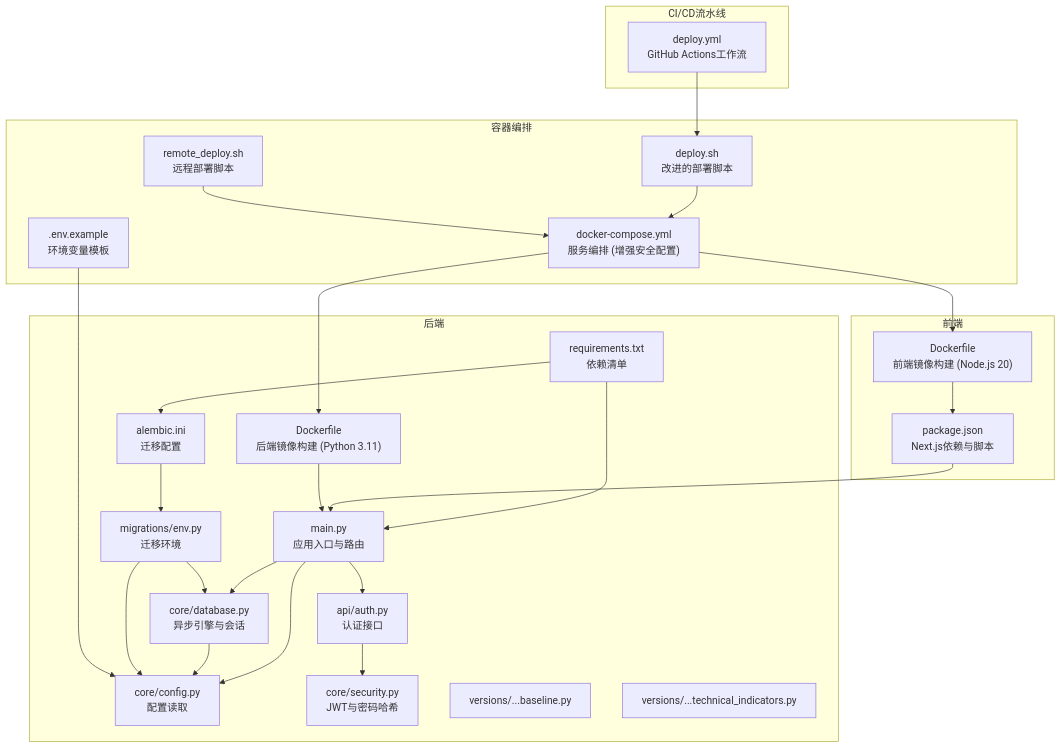
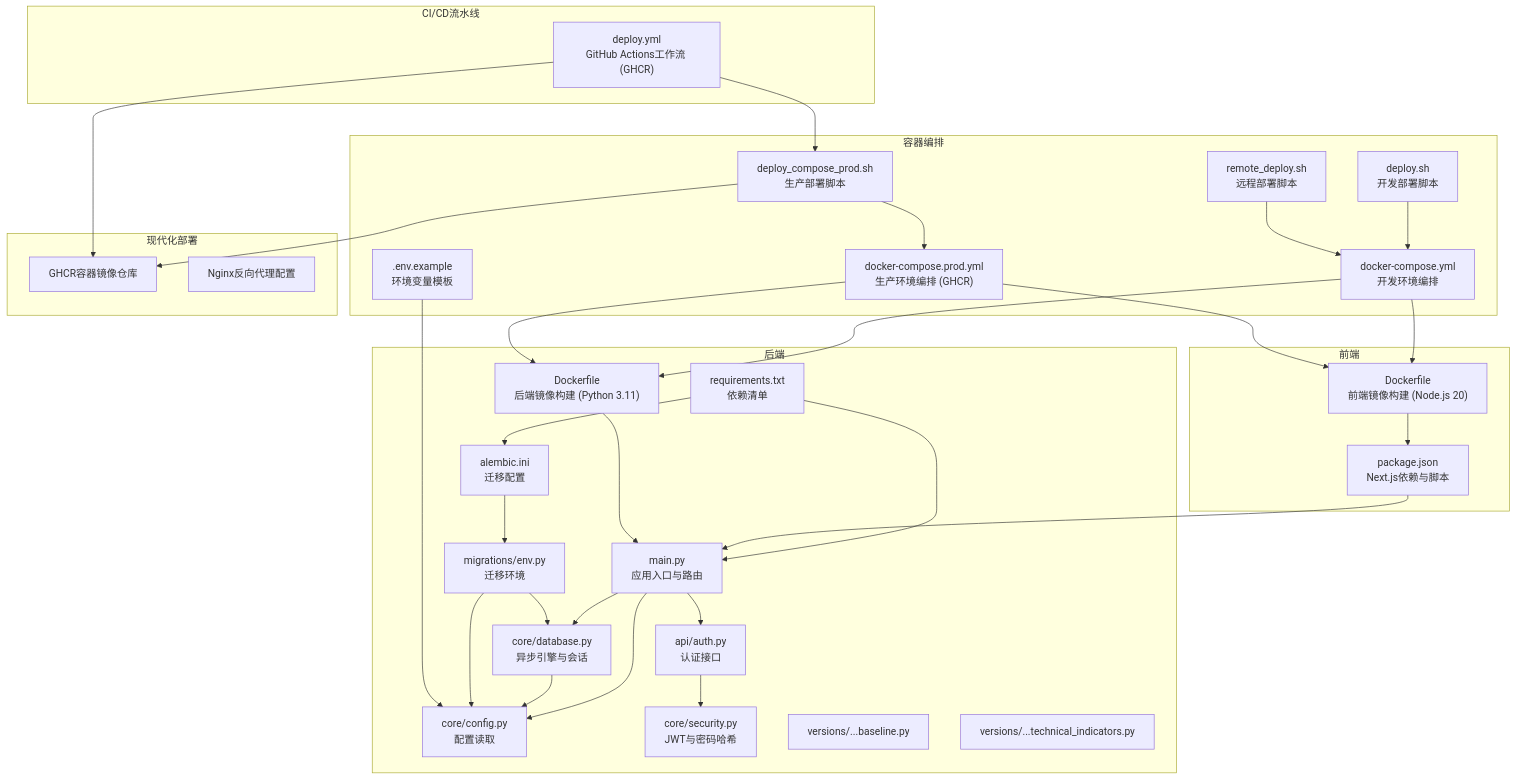
Before and after one commit to breeze-lyf/ai-stock-advisor: the first of 6 diagrams in .qoder/repowiki/zh/content/部署与运维/生产环境部署.md, drawn with Mermaid. The commit also changed other lines of this file and 10 other files, not shown here.

Commit message:
docs: Update AI analysis service documentation and refine GitHub Actions deployment workflow.

````diff
--- a/.qoder/repowiki/zh/content/部署与运维/生产环境部署.md
+++ b/.qoder/repowiki/zh/content/部署与运维/生产环境部署.md
@@ -63,48 +66,59 @@
 ```mermaid
 graph TB
 subgraph "后端"
 M["main.py<br/>应用入口与路由"]
 C["core/config.py<br/>配置读取"]
 D["core/database.py<br/>异步引擎与会话"]
 S["core/security.py<br/>JWT与密码哈希"]
 A["api/auth.py<br/>认证接口"]
 R["requirements.txt<br/>依赖清单"]
 L["alembic.ini<br/>迁移配置"]
 E["migrations/env.py<br/>迁移环境"]
 V1["versions/...baseline.py"]
 V2["versions/...technical_indicators.py"]
 DF["Dockerfile<br/>后端镜像构建 (Python 3.11)"]
 end
 subgraph "前端"
 P["package.json<br/>Next.js依赖与脚本"]
 FD["Dockerfile<br/>前端镜像构建 (Node.js 20)"]
 end
 subgraph "容器编排"
-DC["docker-compose.yml<br/>服务编排 (增强安全配置)"]
-DEP["deploy.sh<br/>改进的部署脚本"]
+DC["docker-compose.yml<br/>开发环境编排"]
+DCP["docker-compose.prod.yml<br/>生产环境编排 (GHCR)"]
+DEP["deploy.sh<br/>开发部署脚本"]
 RDEP["remote_deploy.sh<br/>远程部署脚本"]
+PCDEP["deploy_compose_prod.sh<br/>生产部署脚本"]
 ENV[".env.example<br/>环境变量模板"]
 end
 subgraph "CI/CD流水线"
-GHA["deploy.yml<br/>GitHub Actions工作流"]
+GHA["deploy.yml<br/>GitHub Actions工作流 (GHCR)"]
+end
+subgraph "现代化部署"
+GHCR["GHCR容器镜像仓库"]
+NGINX["Nginx反向代理配置"]
 end
 M --> A
 M --> C
 M --> D
 A --> S
 D --> C
 L --> E
 E --> C
 E --> D
 R --> M
 R --> L
 P --> M
 DF --> M
 FD --> P
 DC --> DF
 DC --> FD
+DCP --> DF
+DCP --> FD
 DEP --> DC
 RDEP --> DC
+PCDEP --> DCP
+PCDEP --> GHCR
 ENV --> C
-GHA --> DEP
+GHA --> PCDEP
+GHA --> GHCR
 ```
````
